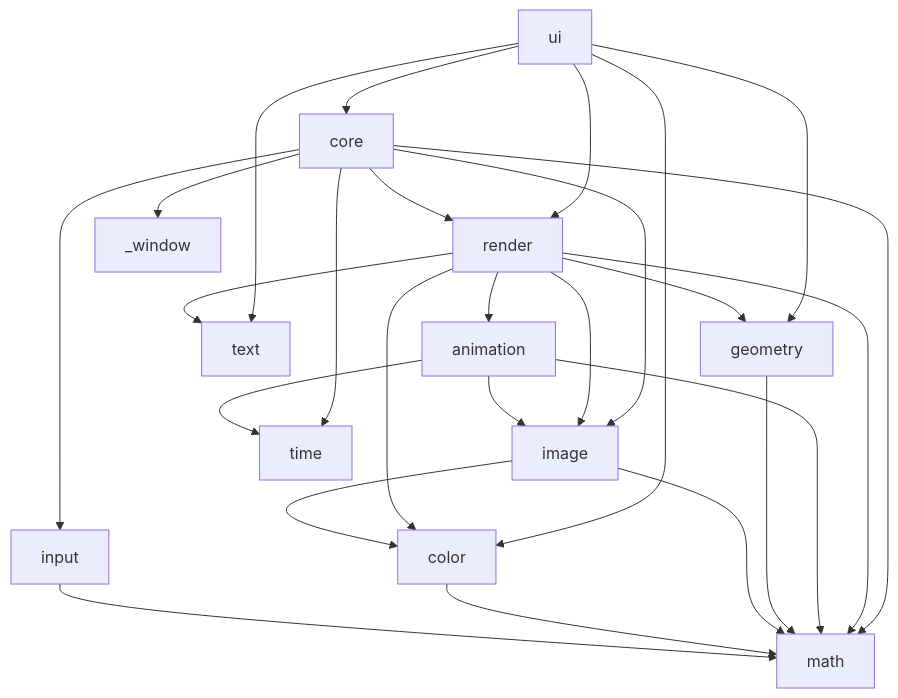
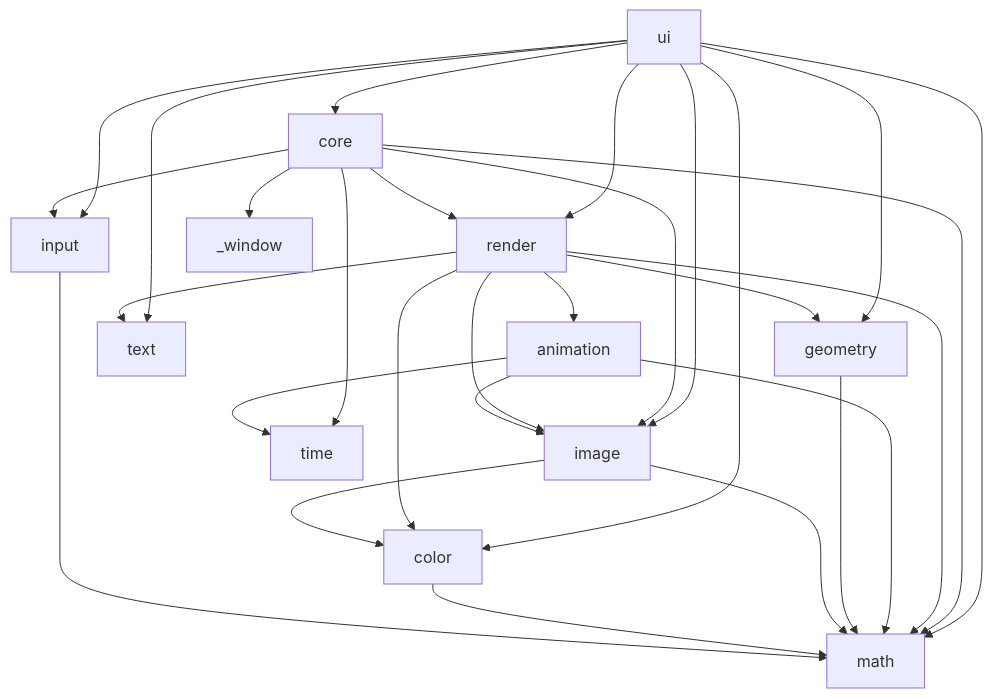
One commit to create-framework/create changed the second of 2 diagrams in ARCHITECTURE.md. Above: the diagram before and after it, drawn with Mermaid. The commit also changed other lines of this file and 17 other files, not shown here.

````diff
--- a/ARCHITECTURE.md
+++ b/ARCHITECTURE.md
@@ -87,28 +87,31 @@
 ```mermaid
 flowchart TD
     ui --> core
     ui --> render
     ui --> geometry
     ui --> color
     ui --> text
+    ui --> input
+    ui --> image
+    ui --> math
     core --> _window
     core --> math
     core --> render
     core --> image
     core --> input
     core --> time
     render --> math
     render --> text
     render --> geometry
     render --> color
     render --> image
     render --> animation
     animation --> image
     animation --> math
     animation --> time
     geometry --> math
     image --> color
     image --> math
     color --> math
     input --> math
 ```
````
